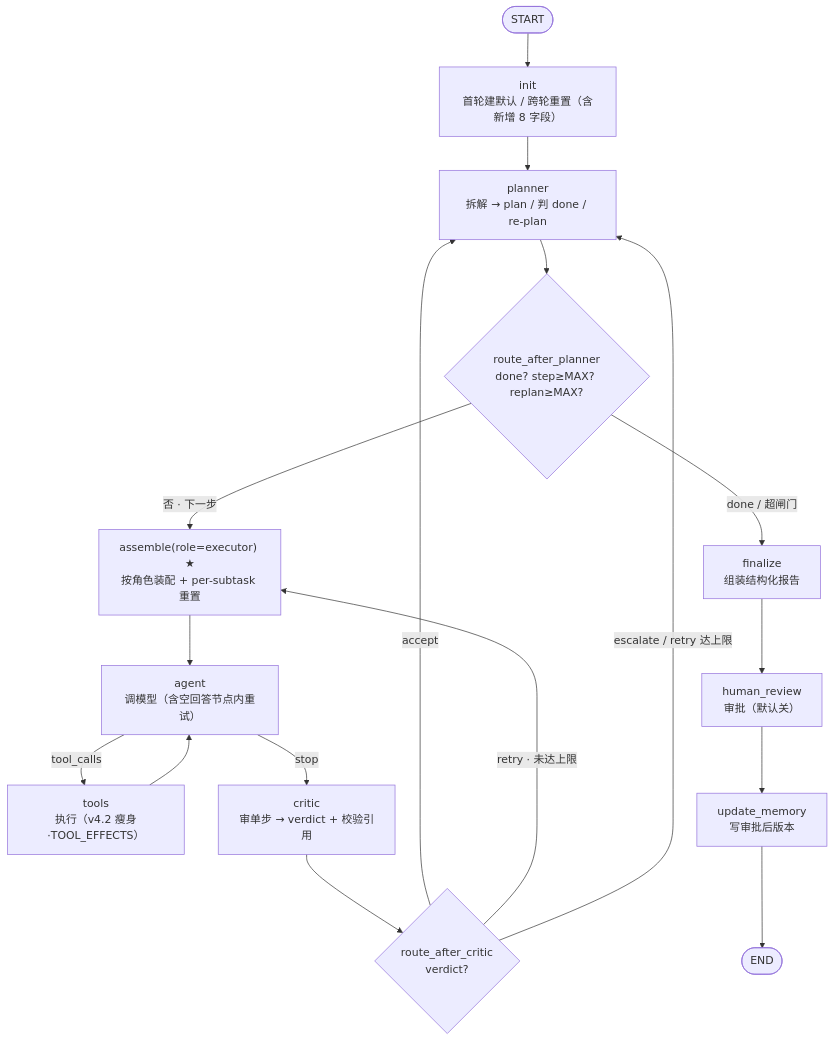
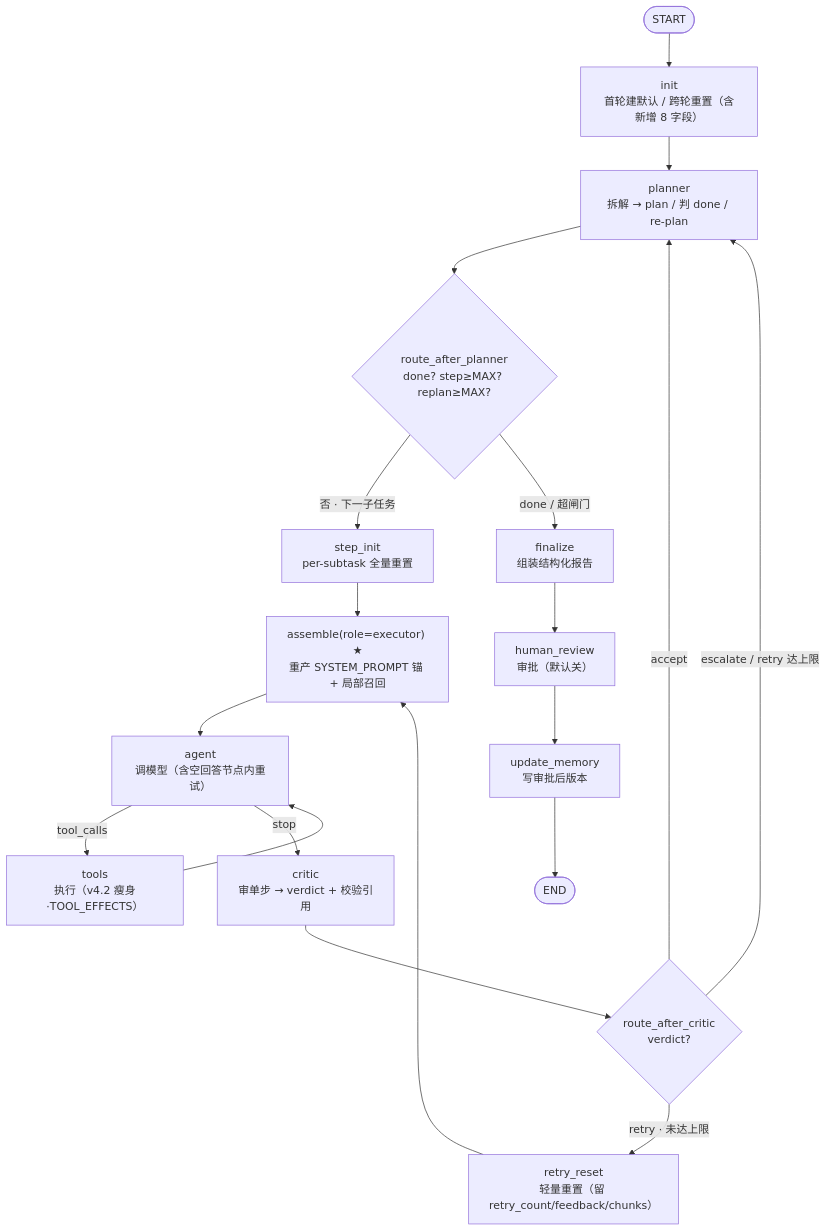
One commit to cczywyc/ai-agent-lab changed the diagram in week_7/docs/第七周设计草稿.md. Above: the diagram before and after it, drawn with Mermaid. The commit also changed other lines of this file and 6 other files, not shown here.

First line of the commit message:
refactor: week7，v5.0 代码评审落地——retry_reset 轻量重置 + assemble/role 文档对齐（设计草稿 v0.4）

````diff
--- a/week_7/docs/第七周设计草稿.md
+++ b/week_7/docs/第七周设计草稿.md
@@ -131,20 +137,22 @@
 ```mermaid
 flowchart TD
     START([START]) --> init["init<br/>首轮建默认 / 跨轮重置（含新增 8 字段）"]
     init --> planner["planner<br/>拆解 → plan / 判 done / re-plan"]
     planner --> P{"route_after_planner<br/>done? step≥MAX? replan≥MAX?"}
-    P -->|"否 · 下一步"| assemble["assemble(role=executor) ★<br/>按角色装配 + per-subtask 重置"]
+    P -->|"否 · 下一子任务"| step_init["step_init<br/>per-subtask 全量重置"]
     P -->|"done / 超闸门"| finalize["finalize<br/>组装结构化报告"]
+    step_init --> assemble["assemble(role=executor) ★<br/>重产 SYSTEM_PROMPT 锚 + 局部召回"]
     assemble --> agent["agent<br/>调模型（含空回答节点内重试）"]
     agent -->|"tool_calls"| tools["tools<br/>执行（v4.2 瘦身·TOOL_EFFECTS）"]
     agent -->|"stop"| critic
     tools --> agent
     critic["critic<br/>审单步 → verdict + 校验引用"]
     critic --> C{"route_after_critic<br/>verdict?"}
     C -->|"accept"| planner
-    C -->|"retry · 未达上限"| assemble
+    C -->|"retry · 未达上限"| retry_reset["retry_reset<br/>轻量重置（留 retry_count/feedback/chunks）"]
     C -->|"escalate / retry 达上限"| planner
+    retry_reset --> assemble
     finalize --> review["human_review<br/>审批（默认关）"]
     review --> update["update_memory<br/>写审批后版本"]
     update --> END([END])
 ```
````
